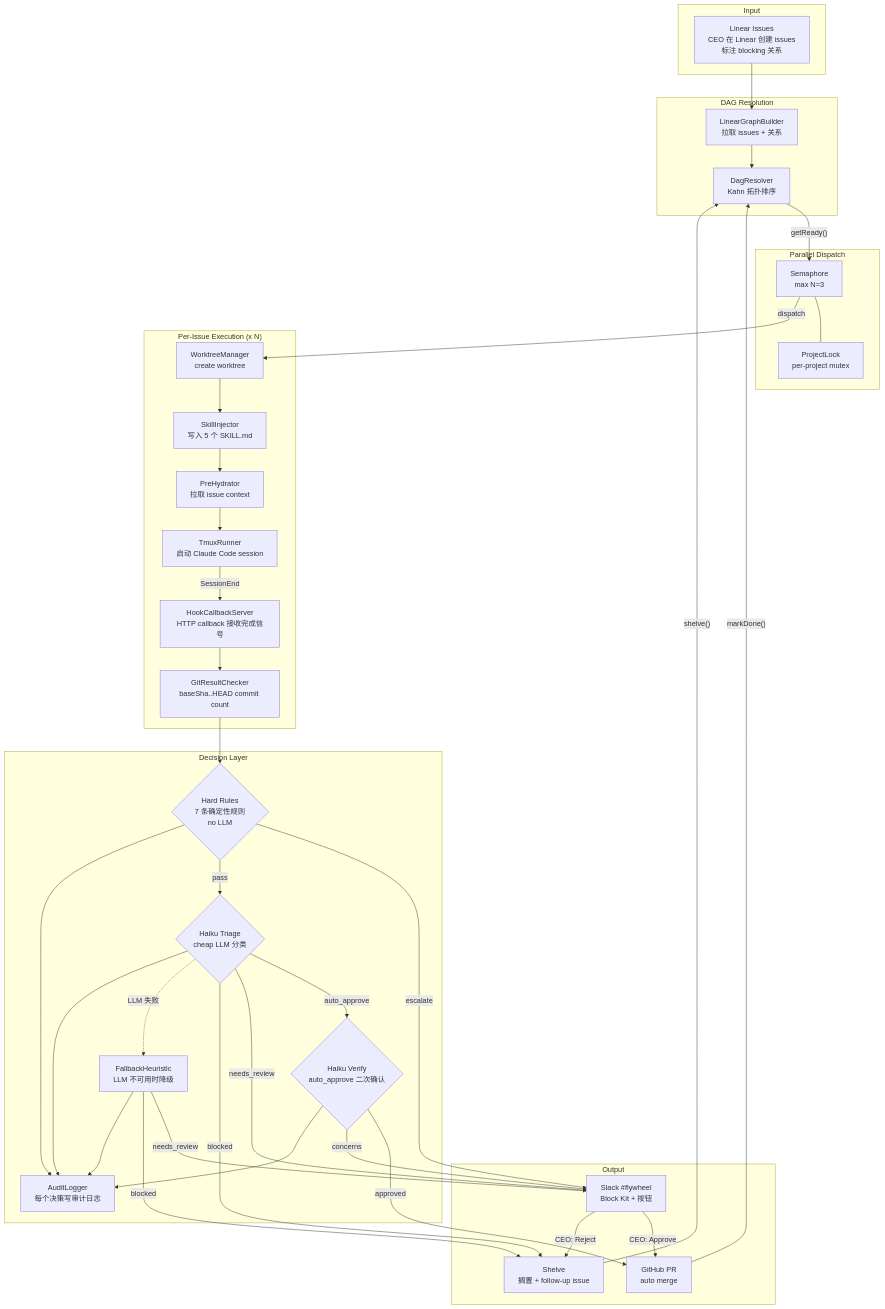
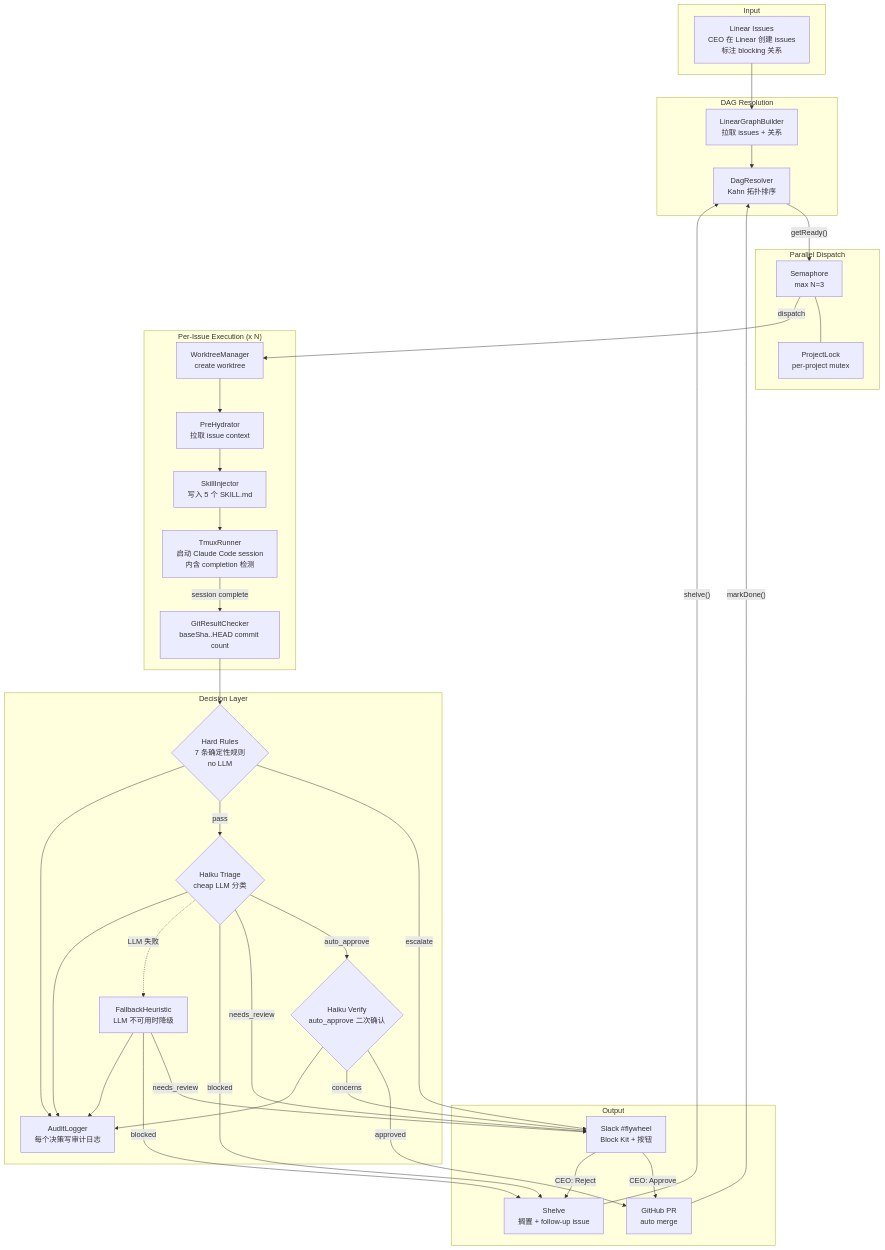
One commit to xrliAnnie/flywheel-qa-sandbox changed the first of 6 diagrams in doc/architecture/v0.2-architecture.md. Above: the diagram before and after it, drawn with Mermaid. The commit also changed other lines of this file, not shown here.

First line of the commit message:
docs: v0.2 architecture — 6-round Codex design review fixes

````diff
--- a/doc/architecture/v0.2-architecture.md
+++ b/doc/architecture/v0.2-architecture.md
@@ -52,73 +52,71 @@
 ```mermaid
 flowchart TB
     subgraph "Input"
         LN[Linear Issues<br/>CEO 在 Linear 创建 issues<br/>标注 blocking 关系]
     end
 
     subgraph "DAG Resolution"
         LGB[LinearGraphBuilder<br/>拉取 issues + 关系]
         DAG[DagResolver<br/>Kahn 拓扑排序]
         LGB --> DAG
     end
 
     subgraph "Parallel Dispatch"
         SEM[Semaphore<br/>max N=3]
         LOCK[ProjectLock<br/>per-project mutex]
         SEM --- LOCK
     end
 
     subgraph "Per-Issue Execution (x N)"
         WT[WorktreeManager<br/>create worktree]
+        HYD[PreHydrator<br/>拉取 issue context]
         SK[SkillInjector<br/>写入 5 个 SKILL.md]
-        HYD[PreHydrator<br/>拉取 issue context]
-        RUN[TmuxRunner<br/>启动 Claude Code session]
-        HK[HookCallbackServer<br/>HTTP callback 接收完成信号]
+        RUN[TmuxRunner<br/>启动 Claude Code session<br/>内含 completion 检测]
         GIT[GitResultChecker<br/>baseSha..HEAD commit count]
     end
 
     subgraph "Decision Layer"
         HR{Hard Rules<br/>7 条确定性规则<br/>no LLM}
         HT{Haiku Triage<br/>cheap LLM 分类}
         HV{Haiku Verify<br/>auto_approve 二次确认}
         FB[FallbackHeuristic<br/>LLM 不可用时降级]
         AL[AuditLogger<br/>每个决策写审计日志]
     end
 
     subgraph "Output"
         PR[GitHub PR<br/>auto merge]
         SL[Slack #flywheel<br/>Block Kit + 按钮]
         SH[Shelve<br/>搁置 + follow-up issue]
     end
 
     LN --> LGB
     DAG -->|"getReady()"| SEM
     SEM -->|dispatch| WT
-    WT --> SK
-    SK --> HYD
-    HYD --> RUN
-    RUN -->|"SessionEnd"| HK
-    HK --> GIT
+    WT --> HYD
+    HYD --> SK
+    SK --> RUN
+    RUN -->|"session complete"| GIT
 
     GIT --> HR
     HR -->|"escalate"| SL
     HR -->|"pass"| HT
     HT -->|"auto_approve"| HV
     HT -->|"needs_review"| SL
     HT -->|"blocked"| SH
     HT -.->|"LLM 失败"| FB
     HV -->|"approved"| PR
     HV -->|"concerns"| SL
     FB -->|"needs_review"| SL
     FB -->|"blocked"| SH
 
     HR --> AL
     HT --> AL
     HV --> AL
     FB --> AL
 
     SL -->|"CEO: Approve"| PR
     SL -->|"CEO: Reject"| SH
 
     PR -->|"markDone()"| DAG
     SH -->|"shelve()"| DAG
 ```
````
